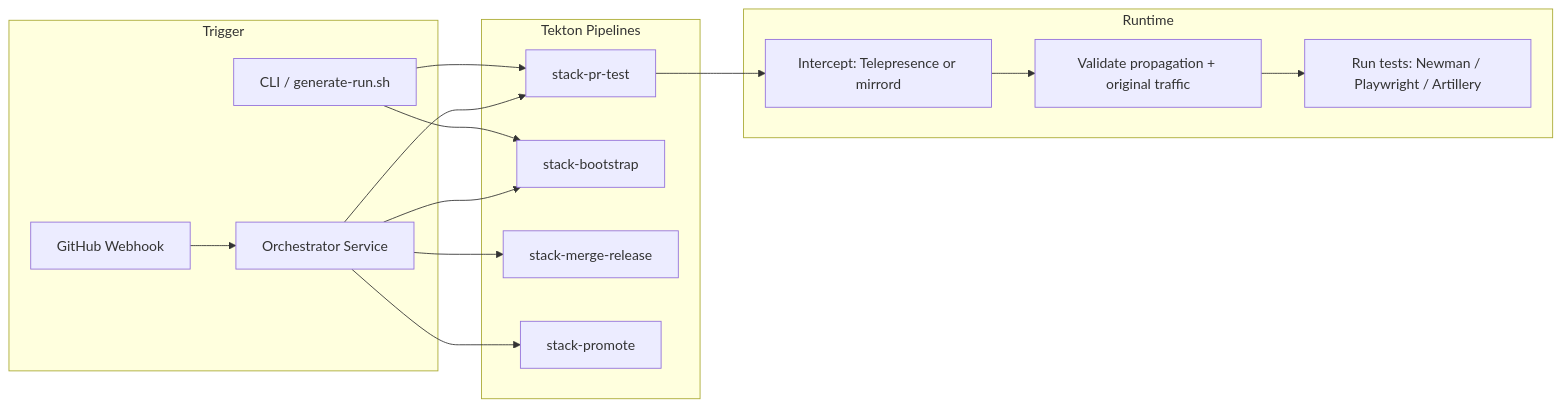
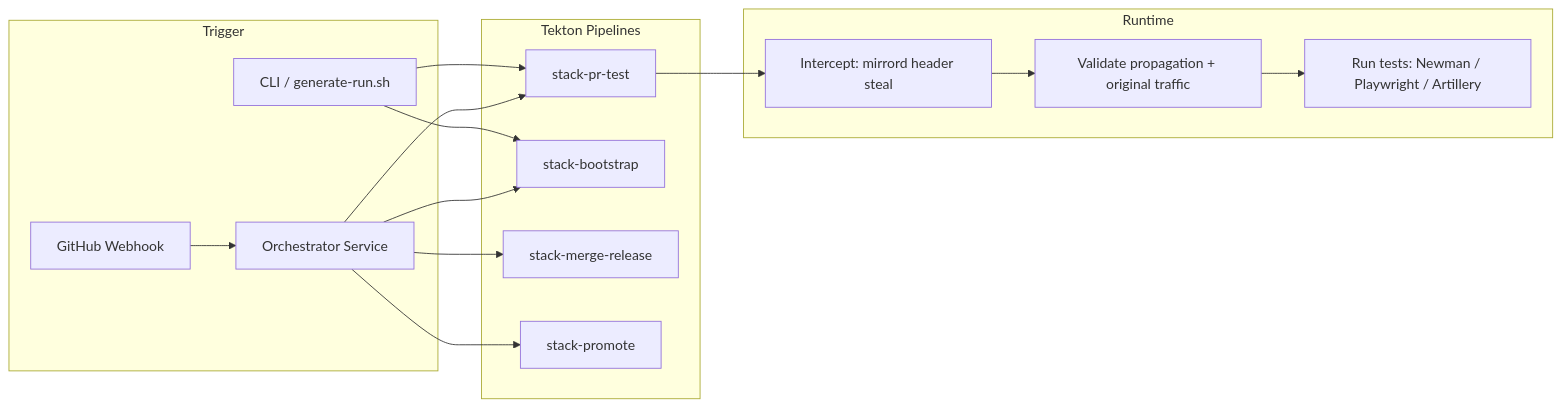
Before and after one commit to jmjava/tekton-dag: the first of 3 diagrams in README.md, drawn with Mermaid. The commit also changed other lines of this file and 49 other files, not shown here.

````diff
--- a/README.md
+++ b/README.md
@@ -137,27 +137,27 @@
 ```mermaid
 flowchart LR
   subgraph trigger [Trigger]
     Webhook[GitHub Webhook]
     Orchestrator[Orchestrator Service]
     CLI[CLI / generate-run.sh]
   end
   subgraph pipelines [Tekton Pipelines]
     PR[stack-pr-test]
     Bootstrap[stack-bootstrap]
     Merge[stack-merge-release]
     Promote[stack-promote]
   end
   subgraph runtime [Runtime]
-    Intercept[Intercept: Telepresence or mirrord]
+    Intercept[Intercept: mirrord header steal]
     Validate[Validate propagation + original traffic]
     Test[Run tests: Newman / Playwright / Artillery]
   end
   Webhook --> Orchestrator
   Orchestrator --> PR
   Orchestrator --> Bootstrap
   Orchestrator --> Merge
   Orchestrator --> Promote
   CLI --> PR
   CLI --> Bootstrap
   PR --> Intercept --> Validate --> Test
 ```
````
